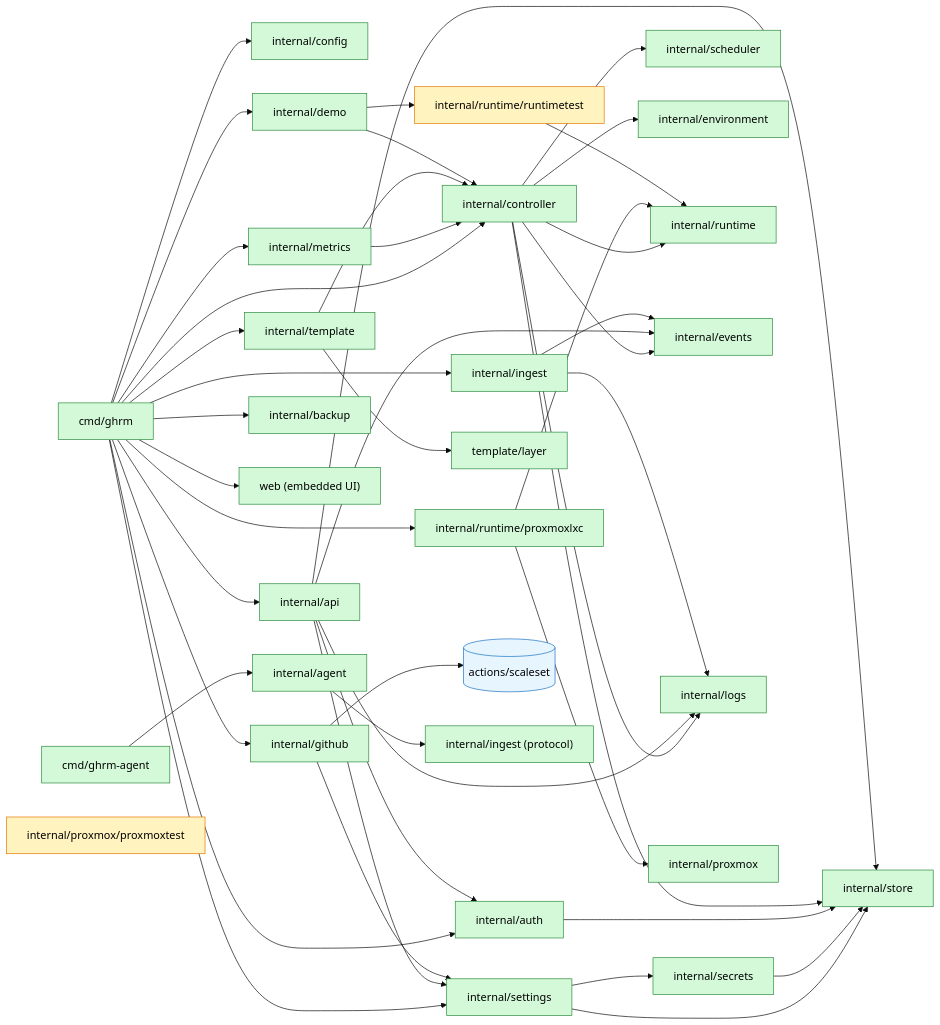
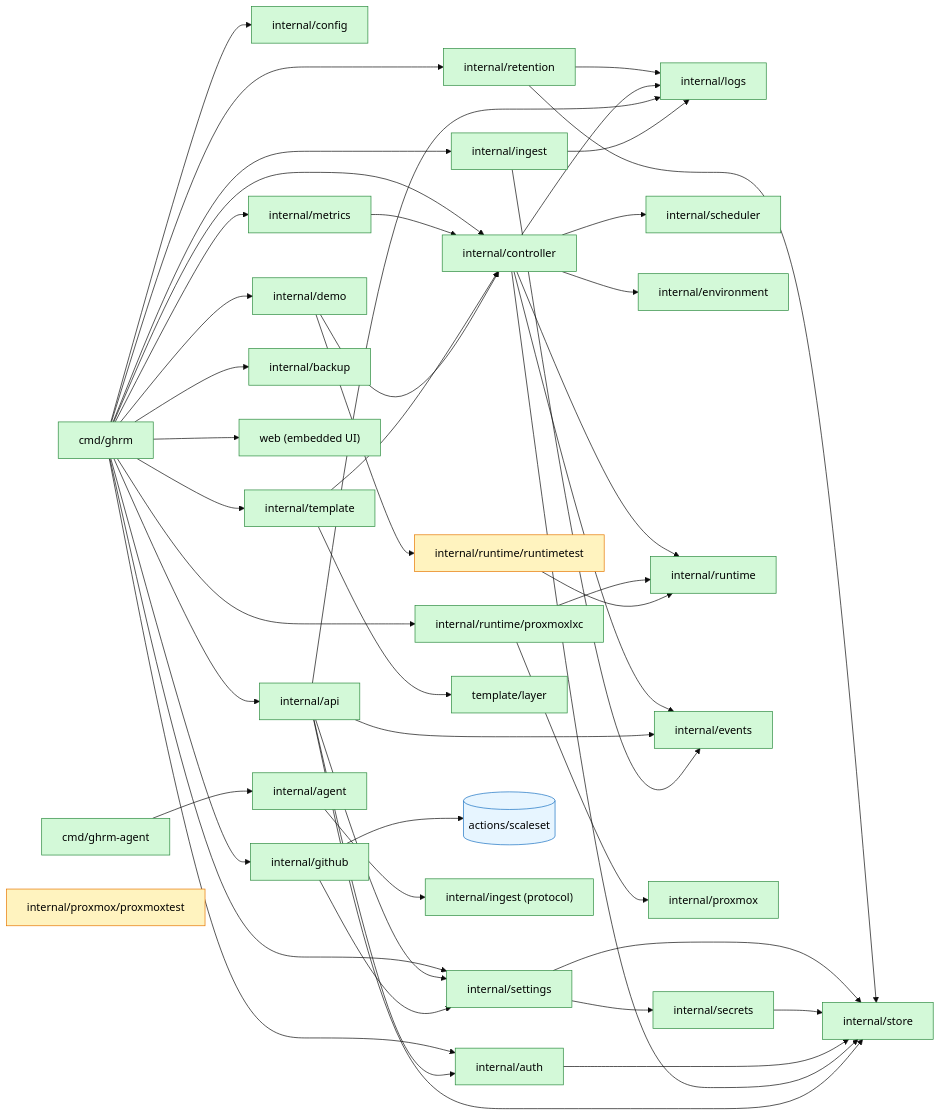
Before and after one commit to cocardoso/gh-runners-manager: the tenth of 13 diagrams in docs/architecture.md, drawn with Mermaid (base theme). The commit also changed other lines of this file and 22 other files, not shown here.

````diff
--- a/docs/architecture.md
+++ b/docs/architecture.md
@@ -379,53 +380,56 @@
 ```mermaid
 flowchart LR
     ghrm["cmd/ghrm"] --> config["internal/config"]
     ghrm --> api["internal/api"]
     ghrm --> controller["internal/controller"]
     ghrm --> ingest["internal/ingest"]
     ghrm --> github["internal/github"]
     ghrm --> proxmoxlxc["internal/runtime/proxmoxlxc"]
     ghrm --> demo["internal/demo"]
     ghrm --> template["internal/template"]
     ghrm --> settingsp["internal/settings"]
     ghrm --> authp["internal/auth"]
     ghrm --> metricsp["internal/metrics"]
     ghrm --> backupp["internal/backup"]
+    ghrm --> retentionp["internal/retention"]
+    retentionp --> store
+    retentionp --> logs
     settingsp --> secretsp["internal/secrets"]
     settingsp --> store
     secretsp --> store
     authp --> store
     api --> authp
     api --> settingsp
     metricsp --> controller
     github --> settingsp
     template --> controller
     template --> layer["template/layer"]
     ghrm --> webui["web (embedded UI)"]
     demo --> controller
     demo --> runtimetest
     controller --> scheduler["internal/scheduler"]
     controller --> environment["internal/environment"]
     controller --> runtime["internal/runtime"]
     controller --> store["internal/store"]
     controller --> events["internal/events"]
     controller --> logs["internal/logs"]
     api --> store
     api --> events
     api --> logs
     ingest --> logs
     ingest --> events
     github --> scaleset[("actions/scaleset")]
     proxmoxlxc --> runtime
     proxmoxlxc --> proxmox["internal/proxmox"]
     agentcmd["cmd/ghrm-agent"] --> agent["internal/agent"]
     agent --> ingestproto["internal/ingest (protocol)"]
     runtimetest["internal/runtime/runtimetest"] --> runtime
     proxmoxtest["internal/proxmox/proxmoxtest"]
 
     classDef done fill:#d3f9d8,stroke:#2b8a3e,color:#000
     classDef testonly fill:#fff3bf,stroke:#e67700,color:#000
     classDef ext fill:#e7f5ff,stroke:#1971c2,color:#000
-    class ghrm,config,api,controller,ingest,github,proxmoxlxc,scheduler,environment,runtime,store,events,logs,proxmox,agentcmd,agent,ingestproto,demo,webui,template,layer,settingsp,authp,metricsp,backupp,secretsp done
+    class ghrm,config,api,controller,ingest,github,proxmoxlxc,scheduler,environment,runtime,store,events,logs,proxmox,agentcmd,agent,ingestproto,demo,webui,template,layer,settingsp,authp,metricsp,backupp,retentionp,secretsp done
     class runtimetest,proxmoxtest testonly
     class scaleset ext
 ```
````
